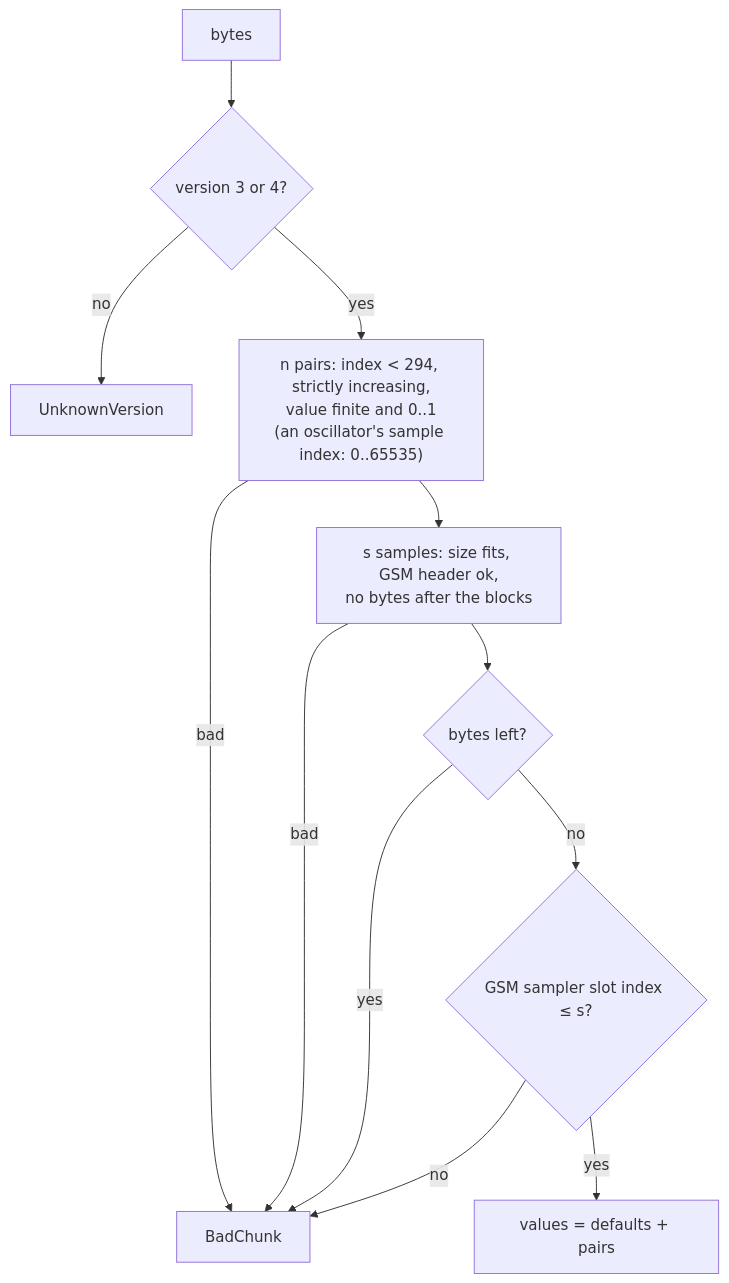
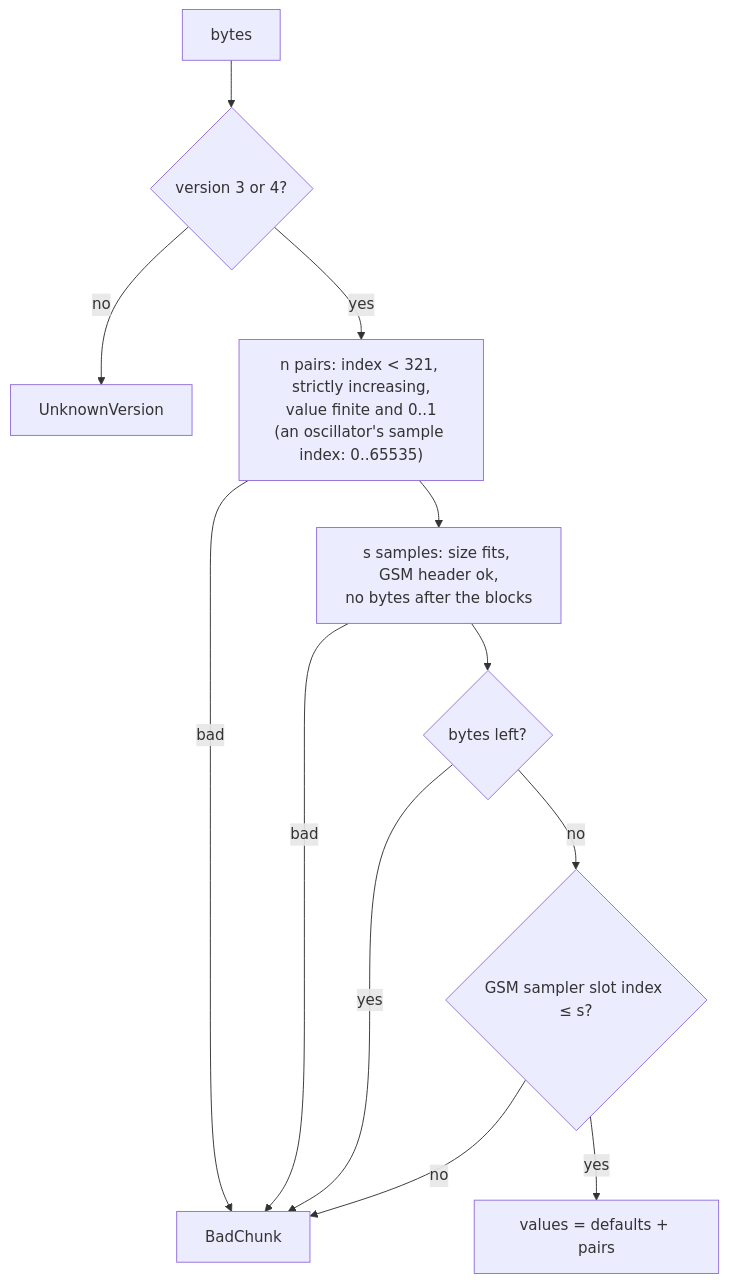
One commit to unisynth/unisynth changed the third of 19 diagrams in docs/synth/unisynth.md. Above: the diagram before and after it, drawn with Mermaid. The commit also changed other lines of this file and 116 other files, not shown here.

````diff
--- a/docs/synth/unisynth.md
+++ b/docs/synth/unisynth.md
@@ -178,14 +185,14 @@
 ```mermaid
 flowchart TD
     A["bytes"] --> V{"version 3 or 4?"}
     V -- no --> U["UnknownVersion"]
-    V -- yes --> P["n pairs: index < 294, strictly increasing,<br/>value finite and 0..1<br/>(an oscillator's sample index: 0..65535)"]
+    V -- yes --> P["n pairs: index < 321, strictly increasing,<br/>value finite and 0..1<br/>(an oscillator's sample index: 0..65535)"]
     P -- bad --> E["BadChunk"]
     P --> S["s samples: size fits, GSM header ok,<br/>no bytes after the blocks"]
     S -- bad --> E
     S --> T{"bytes left?"}
     T -- yes --> E
     T -- no --> X{"GSM sampler slot index ≤ s?"}
     X -- no --> E
     X -- yes --> OK["values = defaults + pairs"]
 ```
````
